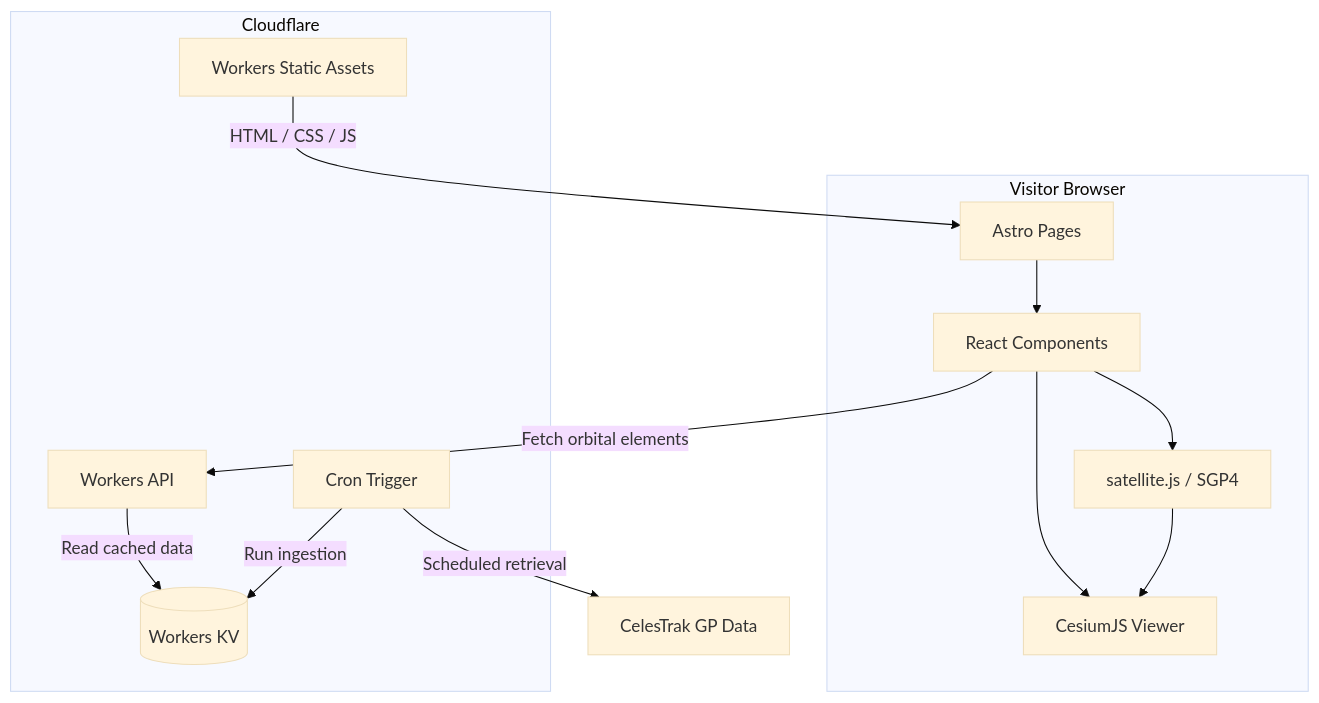
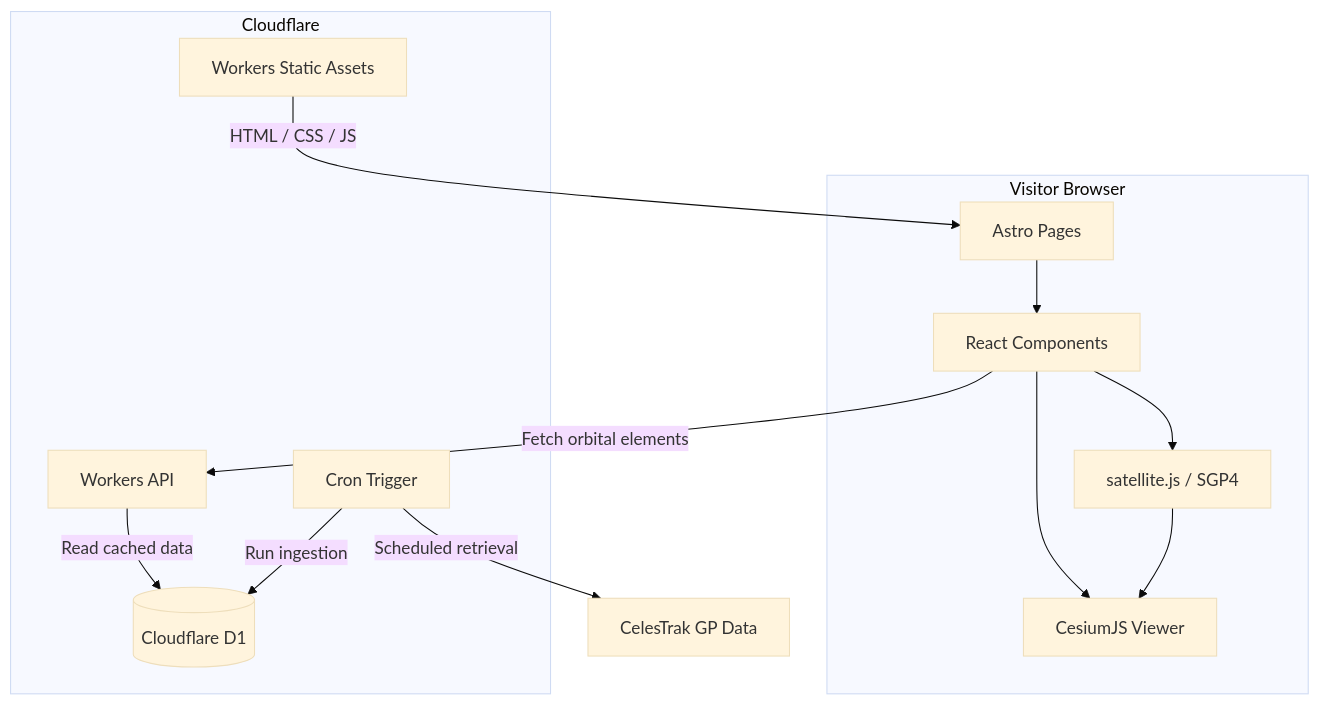
The second of 6 diagrams in ARCHITECTURE.md (maciejgos/europe-in-space), drawn with Mermaid (base theme) before and after one commit. The commit also changed other lines of this file and 10 other files, not shown here.

````diff
--- a/ARCHITECTURE.md
+++ b/ARCHITECTURE.md
@@ -189,30 +191,30 @@
 ```mermaid
 flowchart TB
     subgraph Client["Visitor Browser"]
         Astro["Astro Pages"]
         React["React Components"]
         Cesium["CesiumJS Viewer"]
         SGP4["satellite.js / SGP4"]
 
         Astro --> React
         React --> Cesium
         React --> SGP4
         SGP4 --> Cesium
     end
 
     subgraph Cloudflare["Cloudflare"]
         Static["Workers Static Assets"]
         API["Workers API"]
-        KV[("Workers KV")]
+        D1[("Cloudflare D1")]
         Cron["Cron Trigger"]
 
-        API -->|"Read cached data"| KV
-        Cron -->|"Run ingestion"| KV
+        API -->|"Read cached data"| D1
+        Cron -->|"Run ingestion"| D1
     end
 
     External["CelesTrak GP Data"]
 
     Static -->|"HTML / CSS / JS"| Astro
     React -->|"Fetch orbital elements"| API
     Cron -->|"Scheduled retrieval"| External
 ```
````
